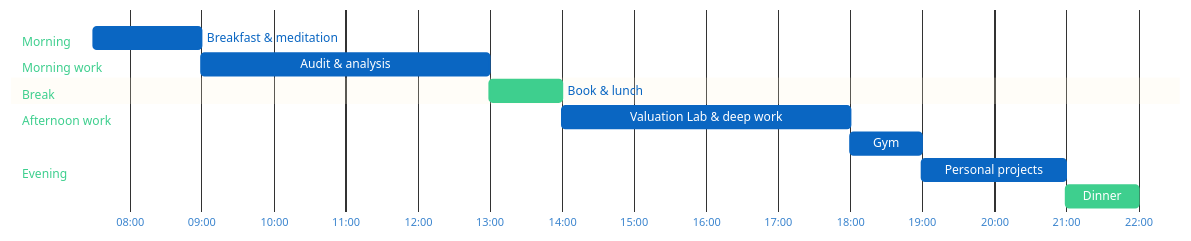
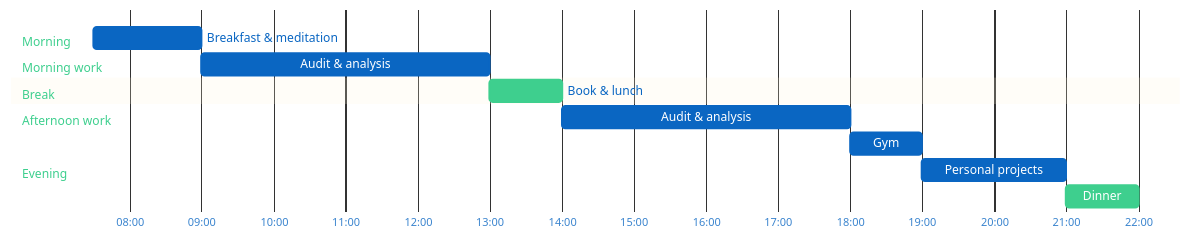
The diagram in README.md (crissness/crissness), drawn with Mermaid before and after one commit. The commit also changed other lines of this file and 7 other files, not shown here.

````diff
--- a/README.md
+++ b/README.md
@@ -55,39 +55,39 @@
 ```mermaid
 %%{init: {'theme':'base','themeVariables':{
   'taskBkgColor':'#0A66C2',
   'taskBorderColor':'#0A66C2',
   'taskTextColor':'#ffffff',
   'taskTextLightColor':'#ffffff',
   'taskTextDarkColor':'#ffffff',
   'taskTextOutsideColor':'#0A66C2',
   'critBkgColor':'#3ECF8E',
   'critBorderColor':'#3ECF8E',
   'textColor':'#0A66C2',
   'titleColor':'#3ECF8E',
   'sectionBkgColor':'transparent',
   'altSectionBkgColor':'transparent',
   'gridColor':'#0A66C2',
   'tickColor':'#0A66C2',
   'todayLineColor':'#3ECF8E'
 }}}%%
 gantt
   dateFormat HH:mm
   axisFormat %H:%M
 
   section Morning
     Breakfast & meditation      :07:30, 90m
 
   section Morning work
     Audit & analysis            :09:00, 240m
 
   section Break
     Book & lunch                :crit, 13:00, 60m
 
   section Afternoon work
-    Valuation Lab & deep work   :14:00, 240m
+    Audit & analysis   :14:00, 240m
 
   section Evening
     Gym                         :18:00, 60m
     Personal projects           :19:00, 120m
     Dinner                      :crit, 21:00, 60m
 ```
````
